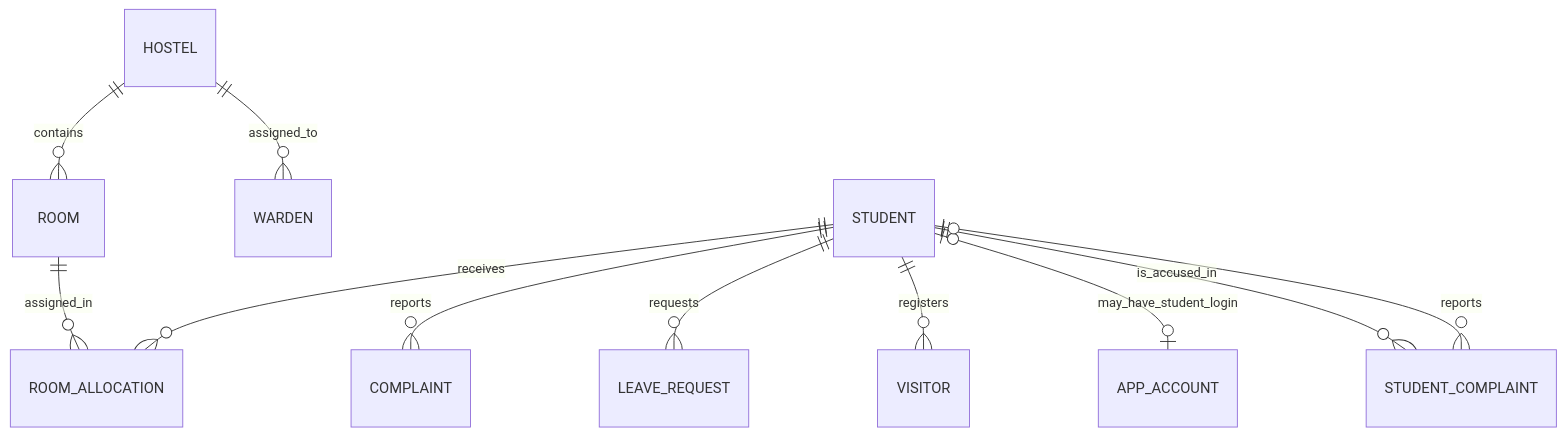
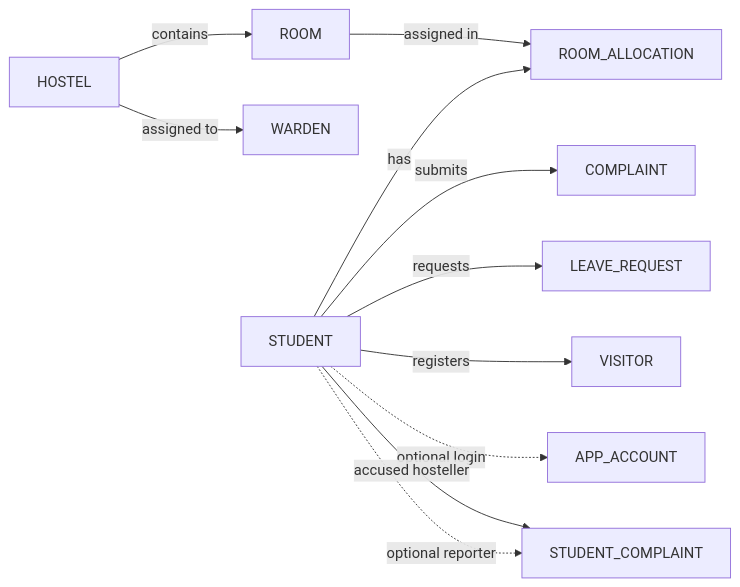
Before and after one commit to vicotras/hostel-ms-dbms: the diagram in docs/DBMS_PROJECT.md, drawn with Mermaid.

Commit message:
Fix GitHub Mermaid diagram rendering

````diff
--- a/docs/DBMS_PROJECT.md
+++ b/docs/DBMS_PROJECT.md
@@ -11,13 +11,13 @@
 ```mermaid
-erDiagram
-    HOSTEL ||--o{ ROOM : contains
-    HOSTEL ||--o{ WARDEN : assigned_to
-    STUDENT ||--o{ ROOM_ALLOCATION : receives
-    ROOM ||--o{ ROOM_ALLOCATION : assigned_in
-    STUDENT ||--o{ COMPLAINT : reports
-    STUDENT ||--o{ LEAVE_REQUEST : requests
-    STUDENT ||--o{ VISITOR : registers
-    STUDENT o|--o| APP_ACCOUNT : may_have_student_login
-    STUDENT ||--o{ STUDENT_COMPLAINT : is_accused_in
-    STUDENT o|--o{ STUDENT_COMPLAINT : reports
+flowchart LR
+    HOSTEL -->|contains| ROOM
+    HOSTEL -->|assigned to| WARDEN
+    STUDENT -->|has| ROOM_ALLOCATION
+    ROOM -->|assigned in| ROOM_ALLOCATION
+    STUDENT -->|submits| COMPLAINT
+    STUDENT -->|requests| LEAVE_REQUEST
+    STUDENT -->|registers| VISITOR
+    STUDENT -. optional login .-> APP_ACCOUNT
+    STUDENT -->|accused hosteller| STUDENT_COMPLAINT
+    STUDENT -. optional reporter .-> STUDENT_COMPLAINT
 ```
````
